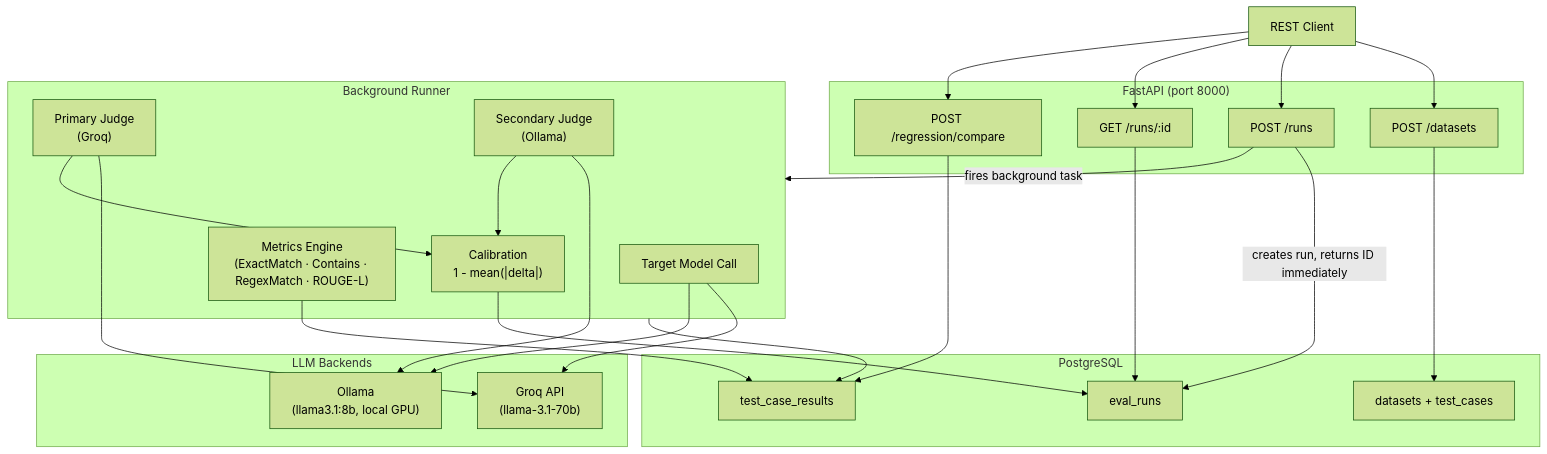
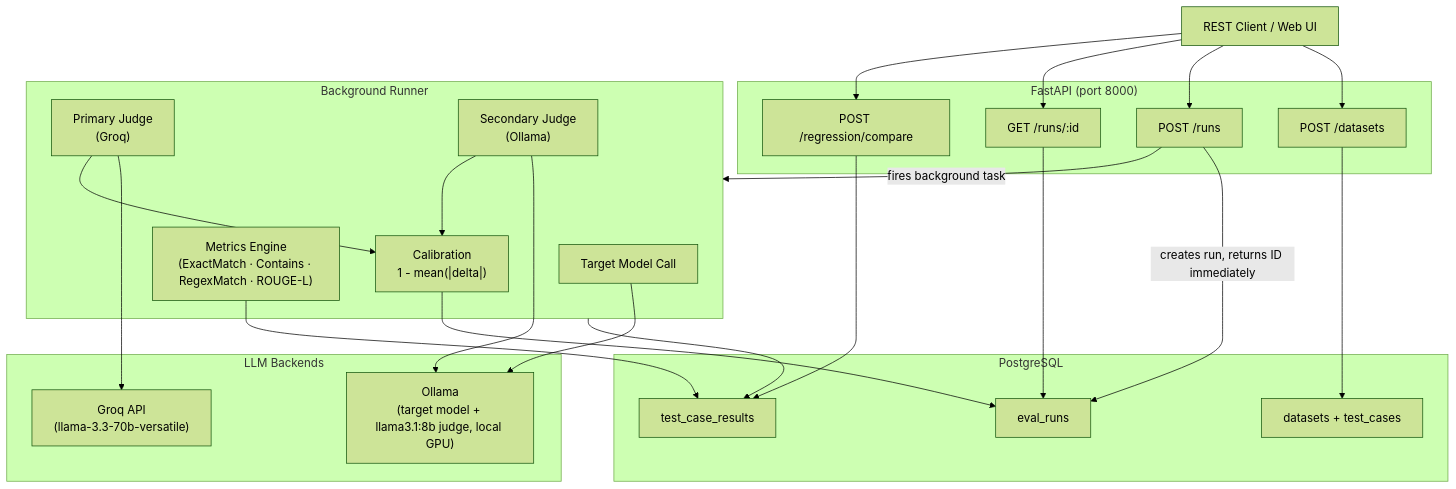
One commit to HassanSep21/llm-eval-harness changed the diagram in README.md. Above: the diagram before and after it, drawn with Mermaid (forest theme). The commit also changed other lines of this file, not shown here.

````diff
--- a/README.md
+++ b/README.md
@@ -22,54 +24,53 @@
 ```mermaid
 graph TD
-    Client["REST Client"]
+    Client["REST Client / Web UI"]
 
     subgraph API["FastAPI (port 8000)"]
         DR["POST /datasets"]
         RR["POST /runs"]
         SR["GET /runs/:id"]
         RG["POST /regression/compare"]
     end
 
     subgraph Runner["Background Runner"]
         TM["Target Model Call"]
         ME["Metrics Engine\n(ExactMatch · Contains · RegexMatch · ROUGE-L)"]
         PJ["Primary Judge\n(Groq)"]
         SJ["Secondary Judge\n(Ollama)"]
         CAL["Calibration\n1 - mean(|delta|)"]
     end
 
     subgraph Storage["PostgreSQL"]
         DS["datasets + test_cases"]
         ER["eval_runs"]
         TR["test_case_results"]
     end
 
     subgraph Backends["LLM Backends"]
-        GROQ["Groq API\n(llama-3.1-70b)"]
-        OLLAMA["Ollama\n(llama3.1:8b, local GPU)"]
+        GROQ["Groq API\n(llama-3.3-70b-versatile)"]
+        OLLAMA["Ollama\n(target model + llama3.1:8b judge, local GPU)"]
     end
 
     Client --> DR
     Client --> RR
     Client --> SR
     Client --> RG
 
     RR -->|"creates run, returns ID immediately"| ER
     RR -->|"fires background task"| Runner
 
-    TM --> GROQ
     TM --> OLLAMA
     PJ --> GROQ
     SJ --> OLLAMA
 
     Runner --> TR
     CAL --> ER
 
     ME --> TR
     PJ --> CAL
     SJ --> CAL
 
     DR --> DS
     SR --> ER
     RG --> TR
 ```
````
